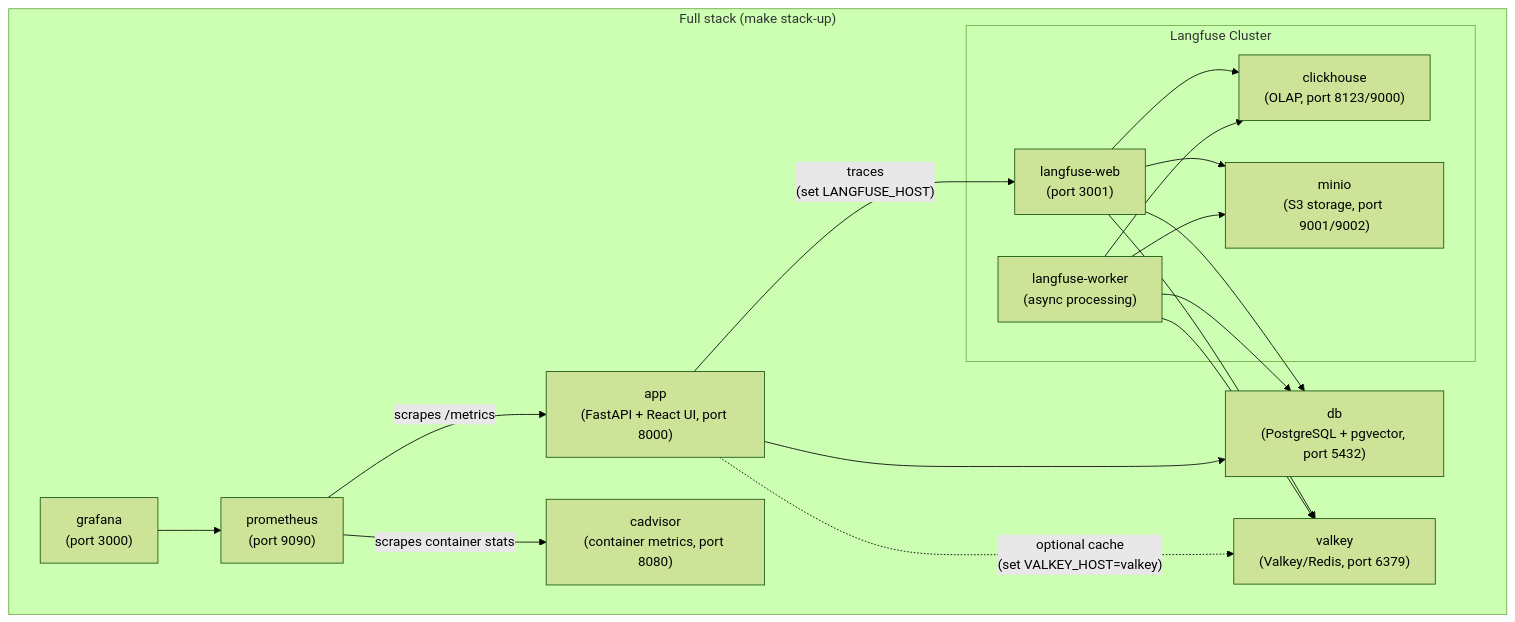
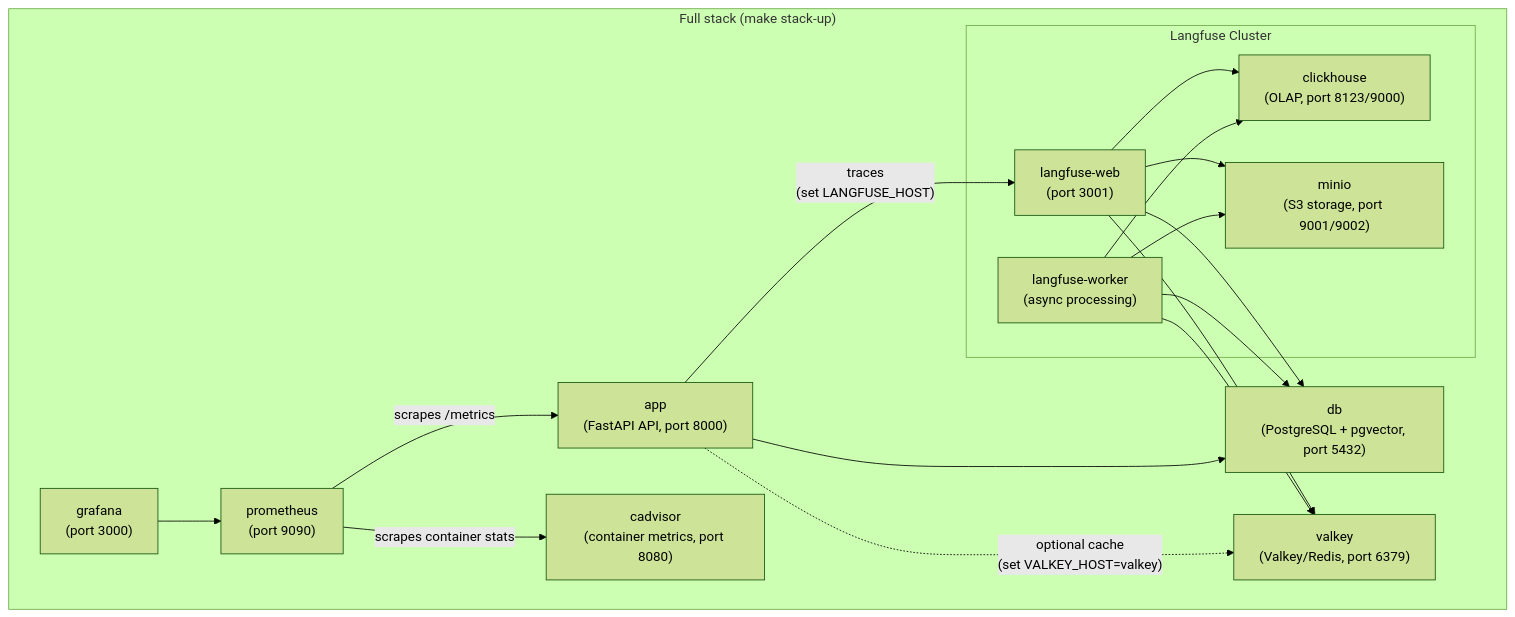
The diagram in docs/docker.md (krisw4935-spec/agent), drawn with Mermaid (forest theme) before and after one commit. The commit also changed other lines of this file and 15 other files, not shown here.

````diff
--- a/docs/docker.md
+++ b/docs/docker.md
@@ -5,33 +5,33 @@
 ```mermaid
 graph TB
     subgraph stack["Full stack (make stack-up)"]
-        app["app\n(FastAPI + React UI, port 8000)"]
+        app["app\n(FastAPI API, port 8000)"]
         db["db\n(PostgreSQL + pgvector, port 5432)"]
         valkey["valkey\n(Valkey/Redis, port 6379)"]
         prometheus["prometheus\n(port 9090)"]
         grafana["grafana\n(port 3000)"]
         cadvisor["cadvisor\n(container metrics, port 8080)"]
         
         subgraph langfuse["Langfuse Cluster"]
             lf_web["langfuse-web\n(port 3001)"]
             lf_worker["langfuse-worker\n(async processing)"]
             clickhouse["clickhouse\n(OLAP, port 8123/9000)"]
             minio["minio\n(S3 storage, port 9001/9002)"]
         end
     end
 
     app --> db
     app -.->|"optional cache\n(set VALKEY_HOST=valkey)"| valkey
     app -->|"traces\n(set LANGFUSE_HOST)"| lf_web
     lf_web --> db
     lf_web --> clickhouse
     lf_web --> minio
     lf_web --> valkey
     lf_worker --> db
     lf_worker --> clickhouse
     lf_worker --> minio
     lf_worker --> valkey
     prometheus -->|"scrapes /metrics"| app
     prometheus -->|"scrapes container stats"| cadvisor
     grafana --> prometheus
 ```
````
